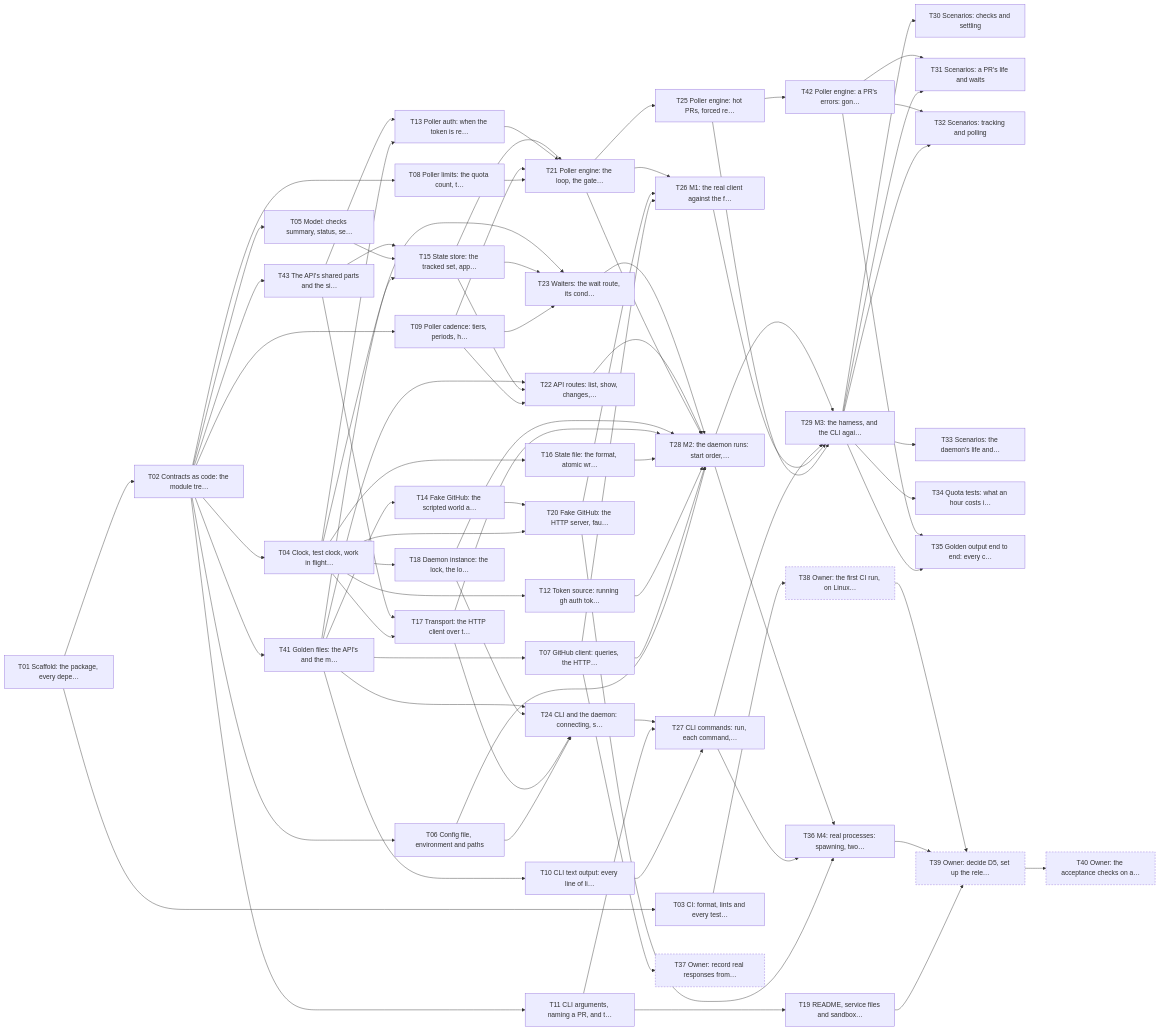
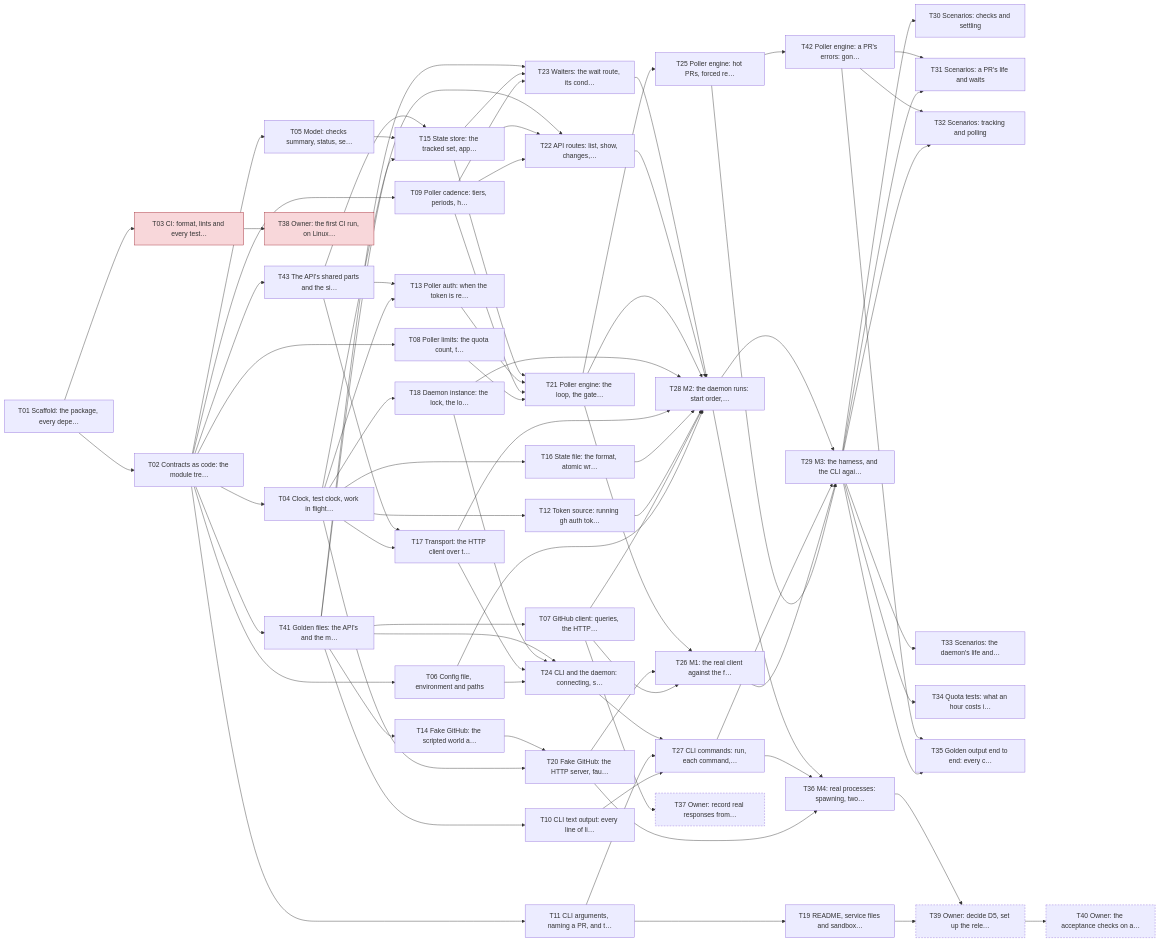
Before and after one commit to yachiko/circitor: the diagram in plan/README.md, drawn with Mermaid. The commit also changed other lines of this file and 4 other files, not shown here.

```diff
--- a/plan/README.md
+++ b/plan/README.md
@@ -129,7 +129,7 @@
 flowchart LR
   T01["T01 Scaffold: the package, every depe…"]
   T02["T02 Contracts as code: the module tre…"]
-  T03["T03 CI: format, lints and every test…"]
+  T03["T03 CI: format, lints and every test…"]:::blocked
   T04["T04 Clock, test clock, work in flight…"]
   T05["T05 Model: checks summary, status, se…"]
   T06["T06 Config file, environment and paths"]
@@ -164,7 +164,7 @@
   T35["T35 Golden output end to end: every c…"]
   T36["T36 M4: real processes: spawning, two…"]
   T37["T37 Owner: record real responses from…"]:::manual
-  T38["T38 Owner: the first CI run, on Linux…"]:::manual
+  T38["T38 Owner: the first CI run, on Linux…"]:::blocked
   T39["T39 Owner: decide D5, set up the rele…"]:::manual
   T40["T40 Owner: the acceptance checks on a…"]:::manual
   T41["T41 Golden files: the API's and the m…"]
@@ -247,7 +247,6 @@
   T03 --> T38
   T19 --> T39
   T36 --> T39
-  T38 --> T39
   T39 --> T40
   classDef done fill:#d8f0dc,stroke:#2f7d3b
   classDef active fill:#fff1c2,stroke:#a07800
```
